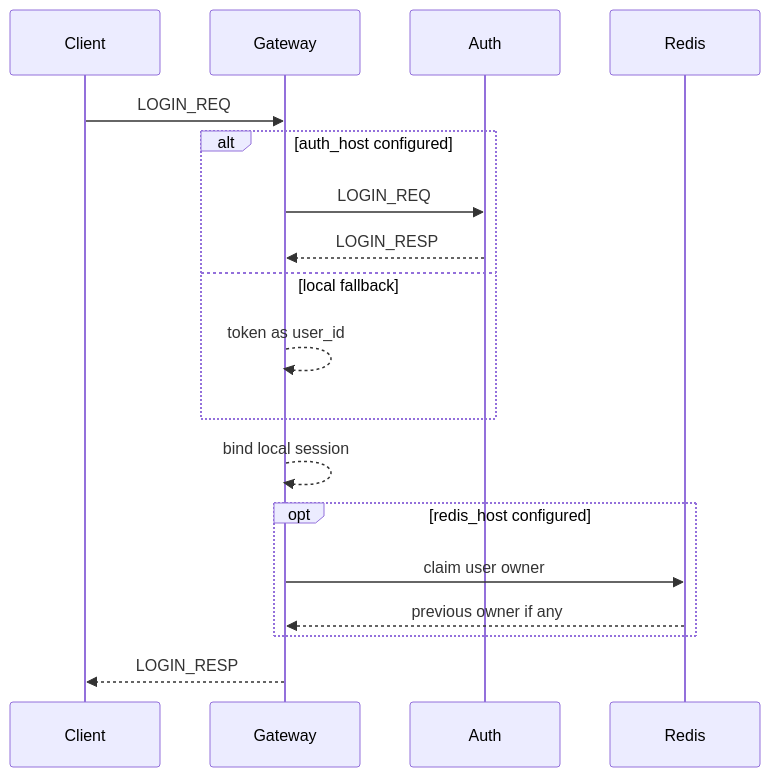
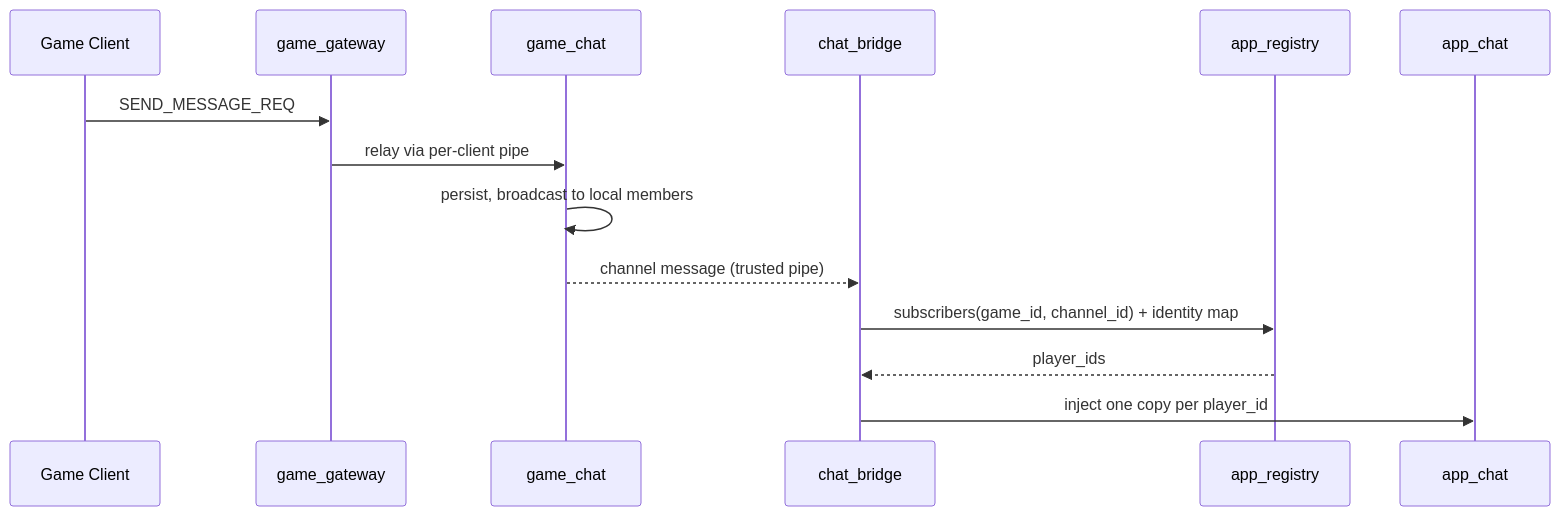
Before and after one commit to cuihairu/chirp: the second of 4 diagrams in docs/architecture.md, drawn with Mermaid. The commit also changed other lines of this file and 3 other files, not shown here.

First line of the commit message:
docs: retarget architecture to the two-plane + chat_bridge topology

````diff
--- a/docs/architecture.md
+++ b/docs/architecture.md
@@ -325,21 +159,17 @@
 ```mermaid
 sequenceDiagram
-    participant C as Client
-    participant G as Gateway
-    participant A as Auth
-    participant R as Redis
+    participant C as Game Client
+    participant G as game_gateway
+    participant CH as game_chat
+    participant CB as chat_bridge
+    participant AR as app_registry
+    participant AC as app_chat
 
-    C->>G: LOGIN_REQ
-    alt auth_host configured
-        G->>A: LOGIN_REQ
-        A-->>G: LOGIN_RESP
-    else local fallback
-        G-->>G: token as user_id
-    end
-    G-->>G: bind local session
-    opt redis_host configured
-        G->>R: claim user owner
-        R-->>G: previous owner if any
-    end
-    G-->>C: LOGIN_RESP
+    C->>G: SEND_MESSAGE_REQ
+    G->>CH: relay via per-client pipe
+    CH->>CH: persist, broadcast to local members
+    CH-->>CB: channel message (trusted pipe)
+    CB->>AR: subscribers(game_id, channel_id) + identity map
+    AR-->>CB: player_ids
+    CB->>AC: inject one copy per player_id
 ```
````
